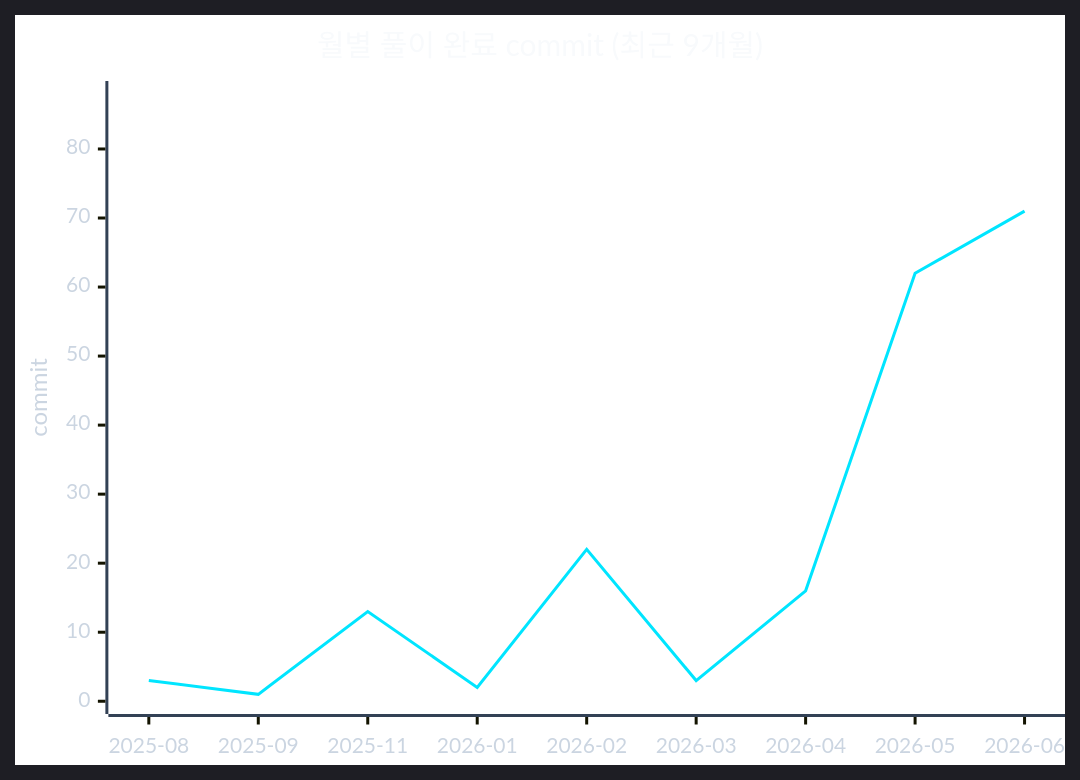
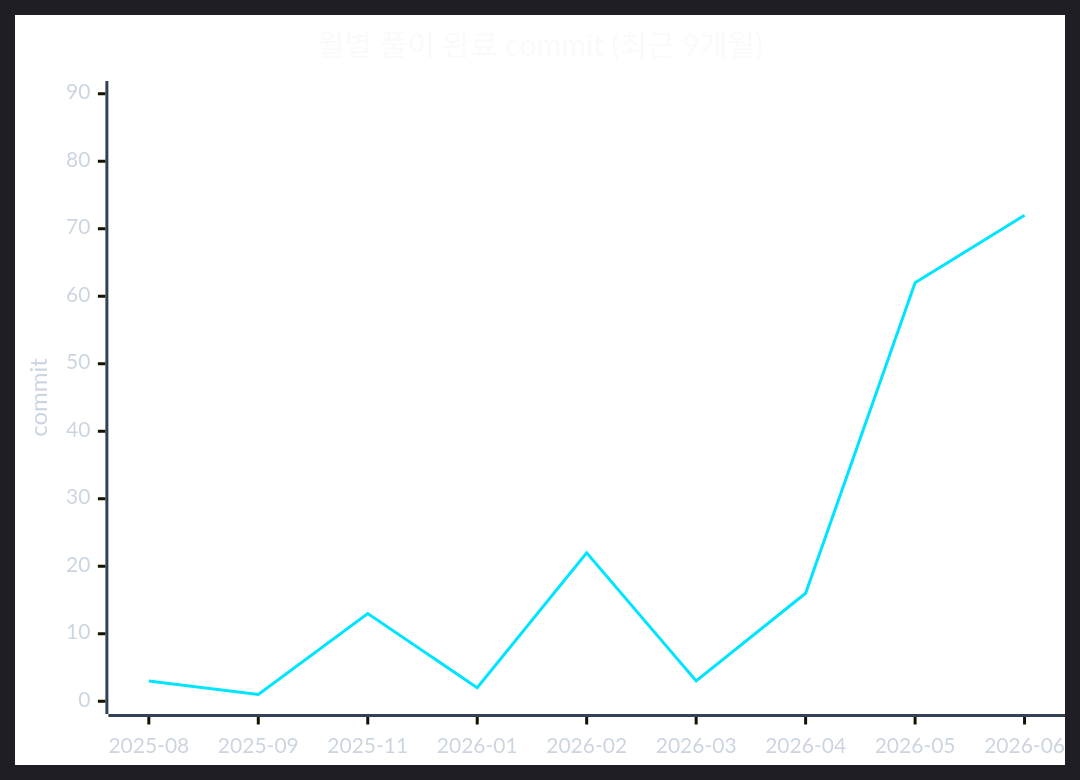
One commit to CHOOSLA/Algorithm changed the second of 2 diagrams in readme.md. Above: the diagram before and after it, drawn with Mermaid. The commit also changed other lines of this file and 2 other files, not shown here.

````diff
--- a/readme.md
+++ b/readme.md
@@ -71,22 +71,22 @@
 ```mermaid
 ---
 config:
   theme: dark
   themeVariables:
     background: '#0d1117'
     xyChart:
       titleColor: '#f8fafc'
       xAxisLabelColor: '#cbd5e1'
       xAxisTitleColor: '#cbd5e1'
       xAxisLineColor: '#334155'
       yAxisLabelColor: '#cbd5e1'
       yAxisTitleColor: '#cbd5e1'
       yAxisLineColor: '#334155'
       plotColorPalette: '#00e5ff'
 ---
 xychart-beta
   title "월별 풀이 완료 commit (최근 9개월)"
   x-axis ["2025-08", "2025-09", "2025-11", "2026-01", "2026-02", "2026-03", "2026-04", "2026-05", "2026-06"]
-  y-axis "commit" 0 --> 88
-  line [3, 1, 13, 2, 22, 3, 16, 62, 71]
+  y-axis "commit" 0 --> 90
+  line [3, 1, 13, 2, 22, 3, 16, 62, 72]
 ```
````
